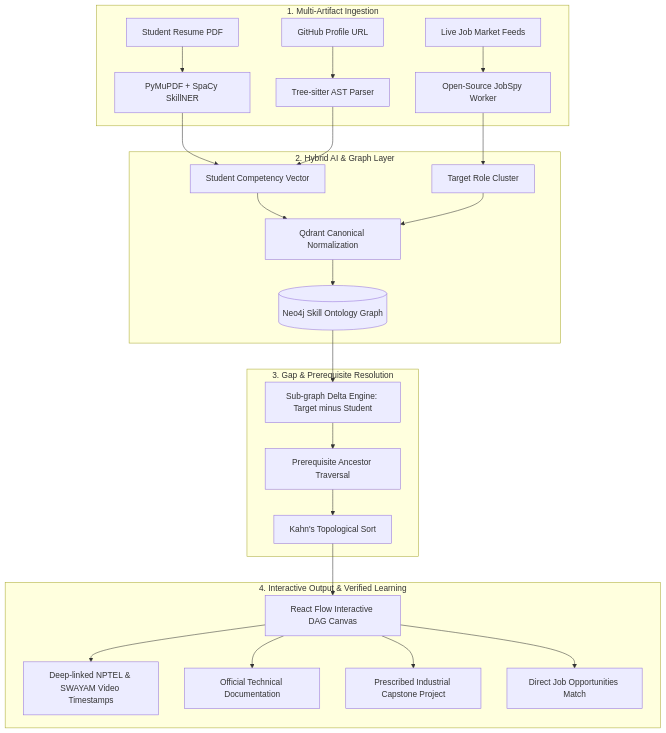
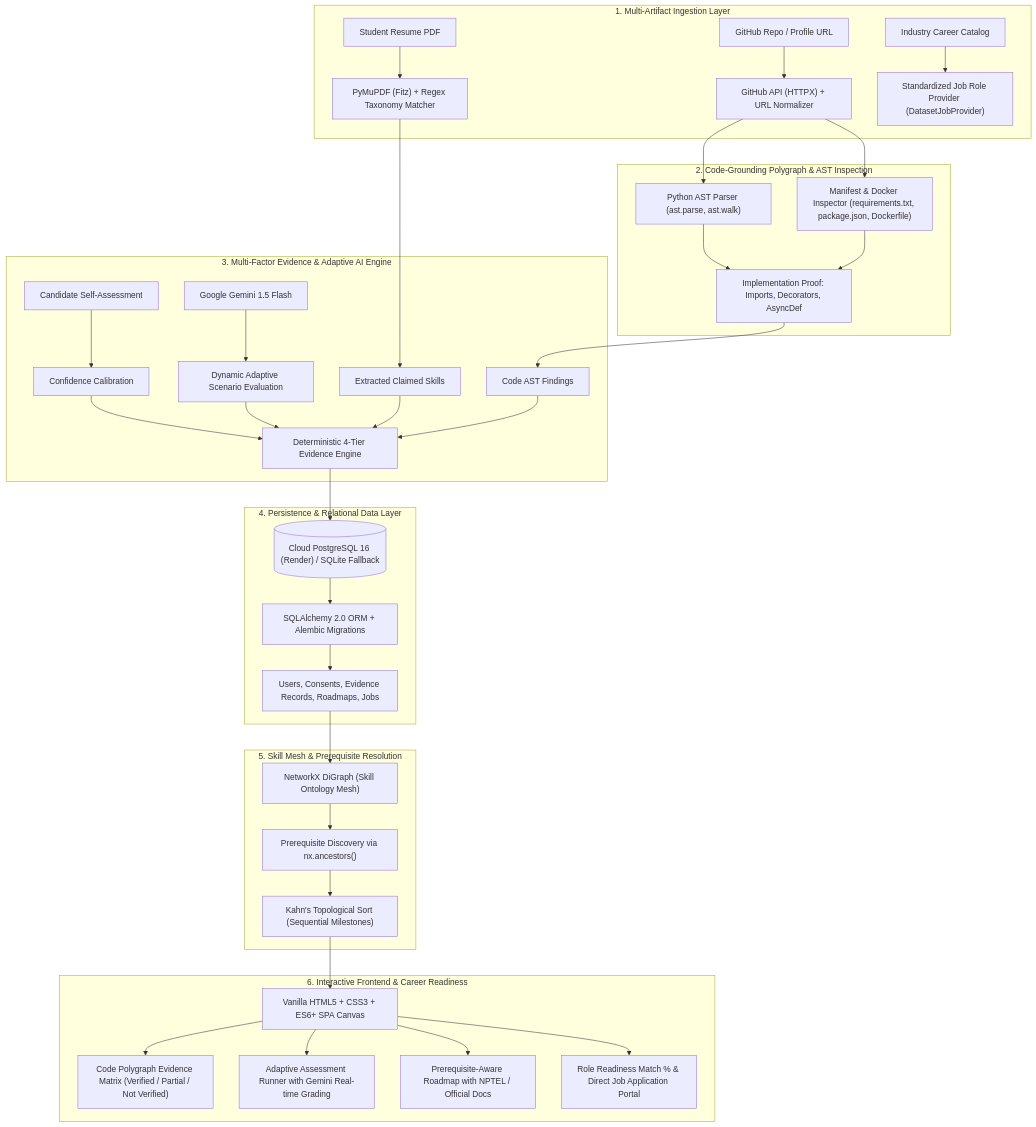
The diagram in README.md (siva2526k-art/careerlattice-ai), drawn with Mermaid before and after one commit. The commit also changed other lines of this file, not shown here.

Commit message:
Update system architecture diagram and feature highlights in README to match live prototype

````diff
--- a/README.md
+++ b/README.md
@@ -61,31 +64,43 @@
 ```mermaid
 flowchart TD
-    subgraph INGESTION["1. Multi-Artifact Ingestion"]
-        A1[Student Resume PDF] --> B1[PyMuPDF + SpaCy SkillNER]
-        A2[GitHub Profile URL] --> B2[Tree-sitter AST Parser]
-        A3[Live Job Market Feeds] --> B3[Open-Source JobSpy Worker]
+    subgraph INGESTION["1. Multi-Artifact Ingestion Layer"]
+        A1["Student Resume PDF"] --> B1["PyMuPDF (Fitz) + Regex Taxonomy Matcher"]
+        A2["GitHub Repo / Profile URL"] --> B2["GitHub API (HTTPX) + URL Normalizer"]
+        A3["Industry Career Catalog"] --> B3["Standardized Job Role Provider (DatasetJobProvider)"]
     end
 
-    subgraph INTELLIGENCE["2. Hybrid AI & Graph Layer"]
-        B1 --> C1[Student Competency Vector]
-        B2 --> C1
-        B3 --> C2[Target Role Cluster]
-        C1 --> D1[Qdrant Canonical Normalization]
+    subgraph POLYGRAPH["2. Code-Grounding Polygraph & AST Inspection"]
+        B2 --> C1["Python AST Parser (ast.parse, ast.walk)"]
+        B2 --> C2["Manifest & Docker Inspector (requirements.txt, package.json, Dockerfile)"]
+        C1 --> D1["Implementation Proof: Imports, Decorators, AsyncDef"]
         C2 --> D1
-        D1 --> E1[(Neo4j Skill Ontology Graph)]
     end
 
-    subgraph ENGINE["3. Gap & Prerequisite Resolution"]
-        E1 --> F1[Sub-graph Delta Engine: Target minus Student]
-        F1 --> F2[Prerequisite Ancestor Traversal]
-        F2 --> F3[Kahn's Topological Sort]
+    subgraph EVALUATION["3. Multi-Factor Evidence & Adaptive AI Engine"]
+        B1 --> E1["Extracted Claimed Skills"]
+        D1 --> E2["Code AST Findings"]
+        F1["Candidate Self-Assessment"] --> E3["Confidence Calibration"]
+        G1["Google Gemini 1.5 Flash"] --> E4["Dynamic Adaptive Scenario Evaluation"]
+        E1 & E2 & E3 & E4 --> H1["Deterministic 4-Tier Evidence Engine"]
     end
 
-    subgraph OUTPUT["4. Interactive Output & Verified Learning"]
-        F3 --> G1[React Flow Interactive DAG Canvas]
-        G1 --> H1[Deep-linked NPTEL & SWAYAM Video Timestamps]
-        G1 --> H2[Official Technical Documentation]
-        G1 --> H3[Prescribed Industrial Capstone Project]
-        G1 --> H4[Direct Job Opportunities Match]
+    subgraph STORAGE["4. Persistence & Relational Data Layer"]
+        H1 --> P1[("Cloud PostgreSQL 16 (Render) / SQLite Fallback")]
+        P1 --> P2["SQLAlchemy 2.0 ORM + Alembic Migrations"]
+        P2 --> P3["Users, Consents, Evidence Records, Roadmaps, Jobs"]
+    end
+
+    subgraph GRAPH_ENGINE["5. Skill Mesh & Prerequisite Resolution"]
+        P3 --> G2["NetworkX DiGraph (Skill Ontology Mesh)"]
+        G2 --> G3["Prerequisite Discovery via nx.ancestors()"]
+        G3 --> G4["Kahn's Topological Sort (Sequential Milestones)"]
+    end
+
+    subgraph DELIVERY["6. Interactive Frontend & Career Readiness"]
+        G4 --> U1["Vanilla HTML5 + CSS3 + ES6+ SPA Canvas"]
+        U1 --> V1["Code Polygraph Evidence Matrix (Verified / Partial / Not Verified)"]
+        U1 --> V2["Adaptive Assessment Runner with Gemini Real-time Grading"]
+        U1 --> V3["Prerequisite-Aware Roadmap with NPTEL / Official Docs"]
+        U1 --> V4["Role Readiness Match % & Direct Job Application Portal"]
     end
 ```
````
